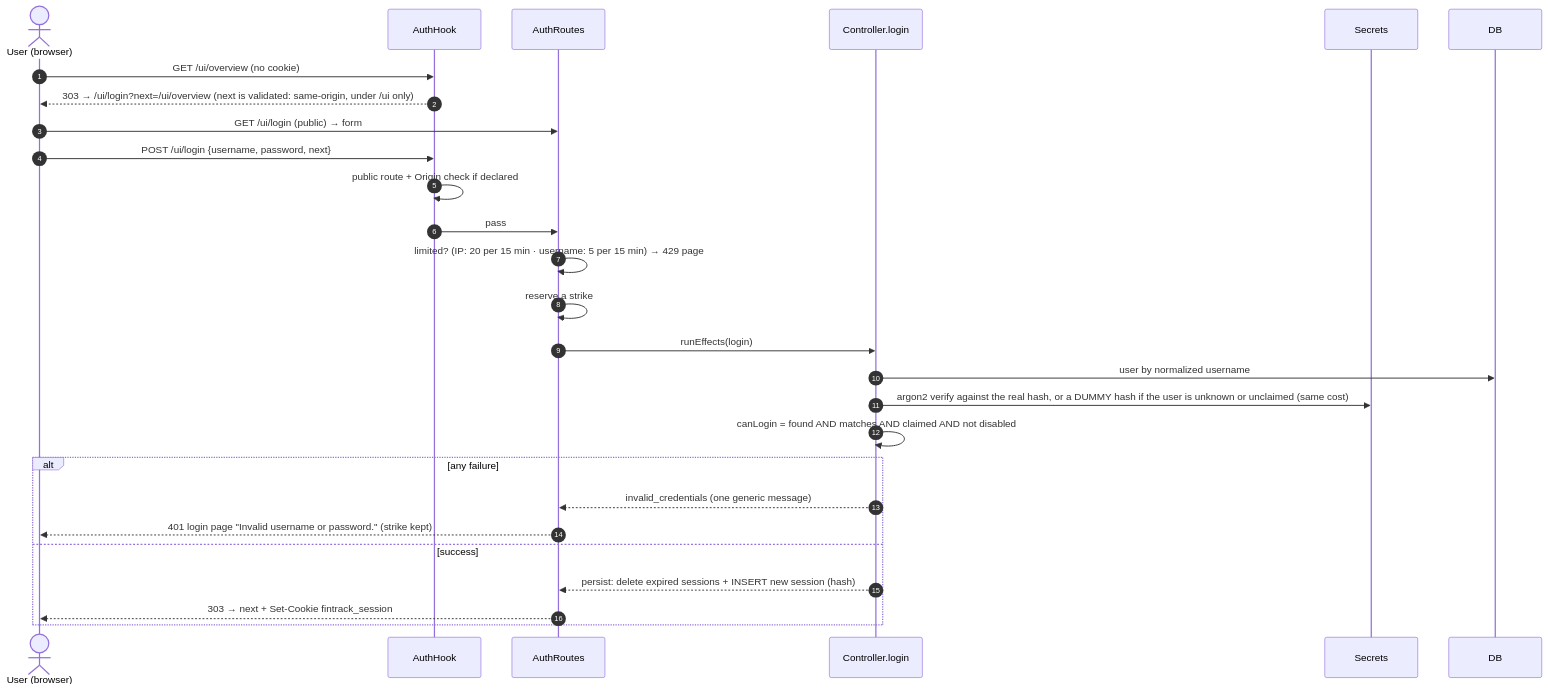
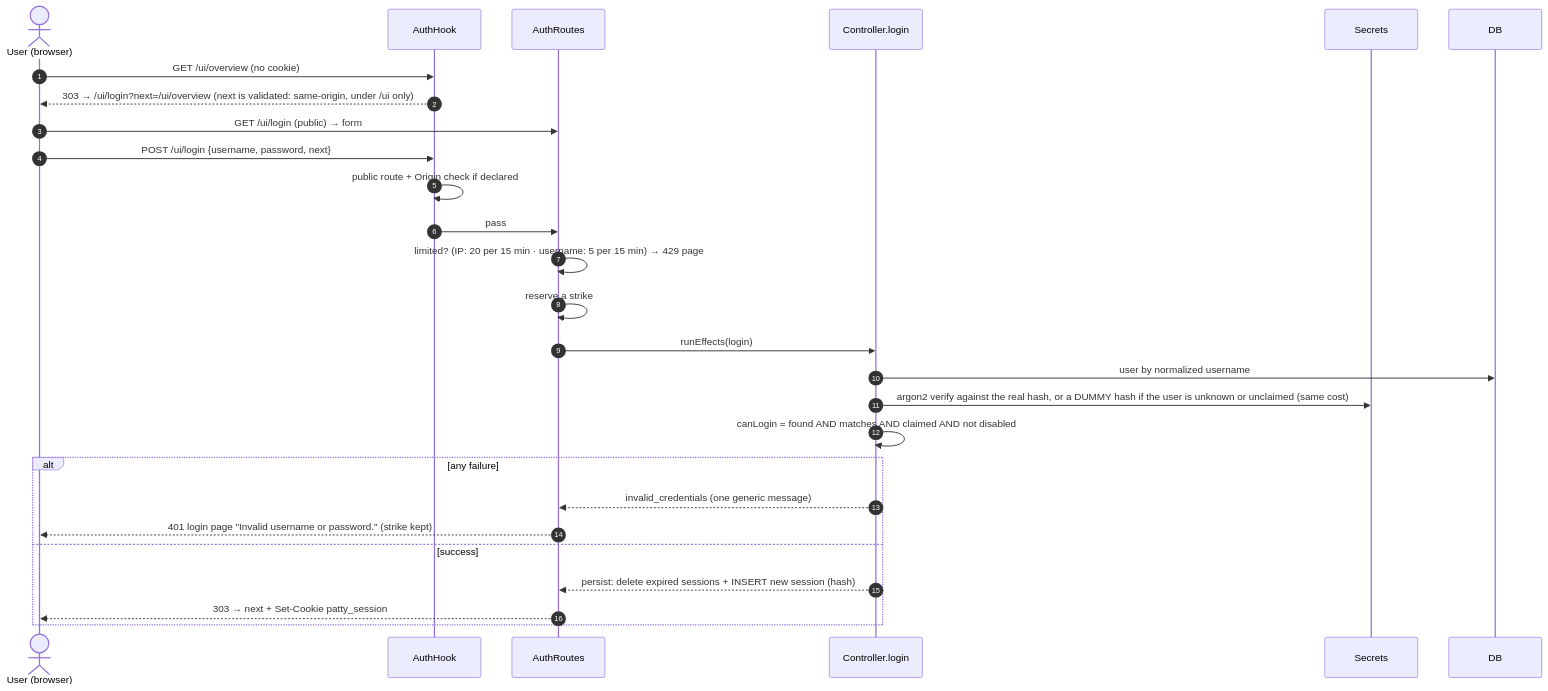
The fifth of 17 diagrams in docs/auth-flows.md (RafaelFCarneiro/patty), drawn with Mermaid before and after one commit. The commit also changed other lines of this file and 255 other files, not shown here.

````diff
--- a/docs/auth-flows.md
+++ b/docs/auth-flows.md
@@ -189,30 +189,30 @@
 ```mermaid
 sequenceDiagram
     autonumber
     actor U as User (browser)
     participant Hook as AuthHook
     participant Routes as AuthRoutes
     participant Ctl as Controller.login
     participant Sec as Secrets
     participant DB
 
     U->>Hook: GET /ui/overview (no cookie)
     Hook-->>U: 303 → /ui/login?next=/ui/overview  (next is validated: same-origin, under /ui only)
     U->>Routes: GET /ui/login (public) → form
     U->>Hook: POST /ui/login {username, password, next}
     Hook->>Hook: public route + Origin check if declared
     Hook->>Routes: pass
     Routes->>Routes: limited? (IP: 20 per 15 min · username: 5 per 15 min) → 429 page
     Routes->>Routes: reserve a strike
     Routes->>Ctl: runEffects(login)
     Ctl->>DB: user by normalized username
     Ctl->>Sec: argon2 verify against the real hash, or a DUMMY hash if the user is unknown or unclaimed (same cost)
     Ctl->>Ctl: canLogin = found AND matches AND claimed AND not disabled
     alt any failure
         Ctl-->>Routes: invalid_credentials (one generic message)
         Routes-->>U: 401 login page "Invalid username or password." (strike kept)
     else success
         Ctl-->>Routes: persist: delete expired sessions + INSERT new session (hash)
-        Routes-->>U: 303 → next + Set-Cookie fintrack_session
+        Routes-->>U: 303 → next + Set-Cookie patty_session
     end
 ```
````
